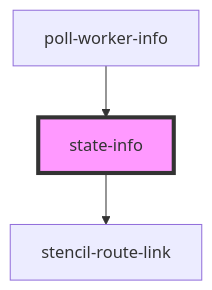
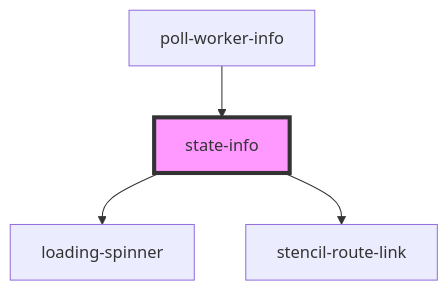
Before and after one commit to pizza-to-the-polls/power-the-polls: the diagram in power-the-polls-form/src/components/state-info/readme.md, drawn with Mermaid. The commit also changed other lines of this file and 5 other files, not shown here.

````diff
--- a/power-the-polls-form/src/components/state-info/readme.md
+++ b/power-the-polls-form/src/components/state-info/readme.md
@@ -27,6 +28,7 @@
 ```mermaid
 graph TD;
+  state-info --> loading-spinner
   state-info --> stencil-route-link
   poll-worker-info --> state-info
   style state-info fill:#f9f,stroke:#333,stroke-width:4px
 ```
````
